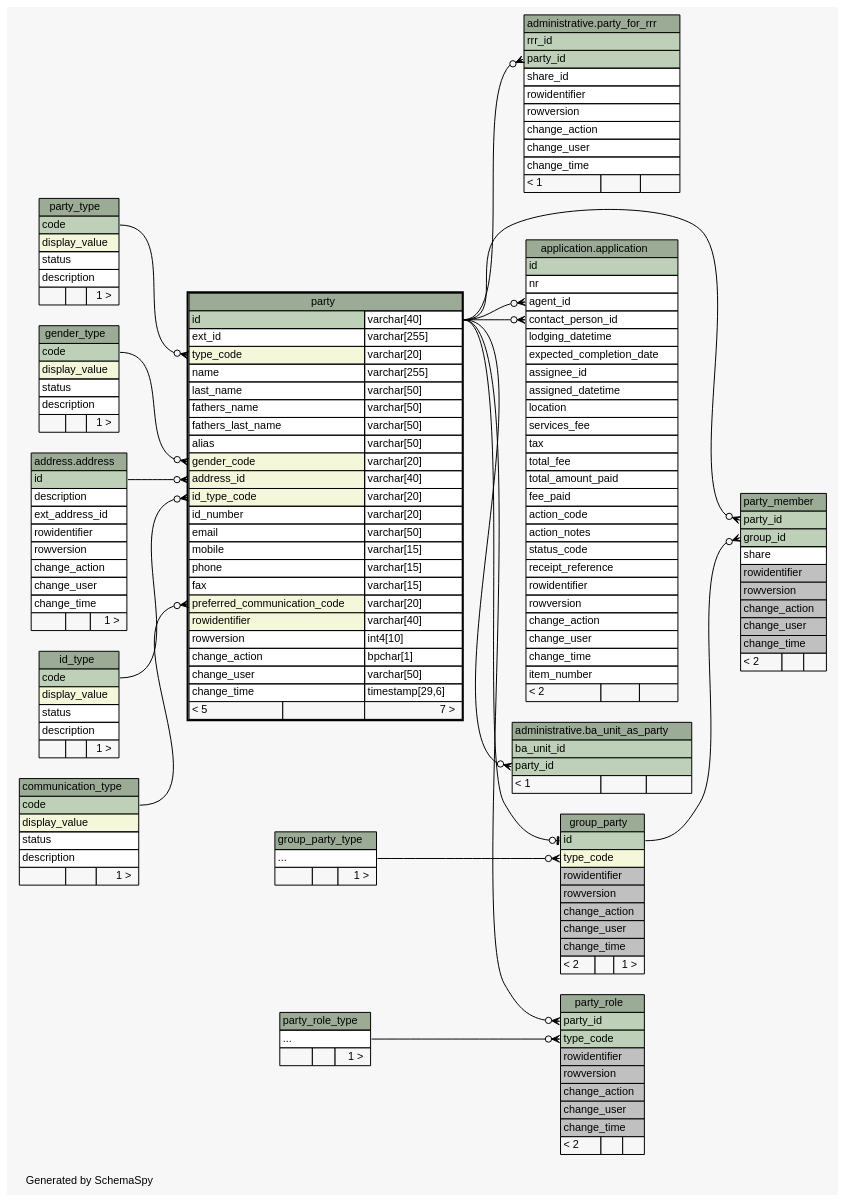
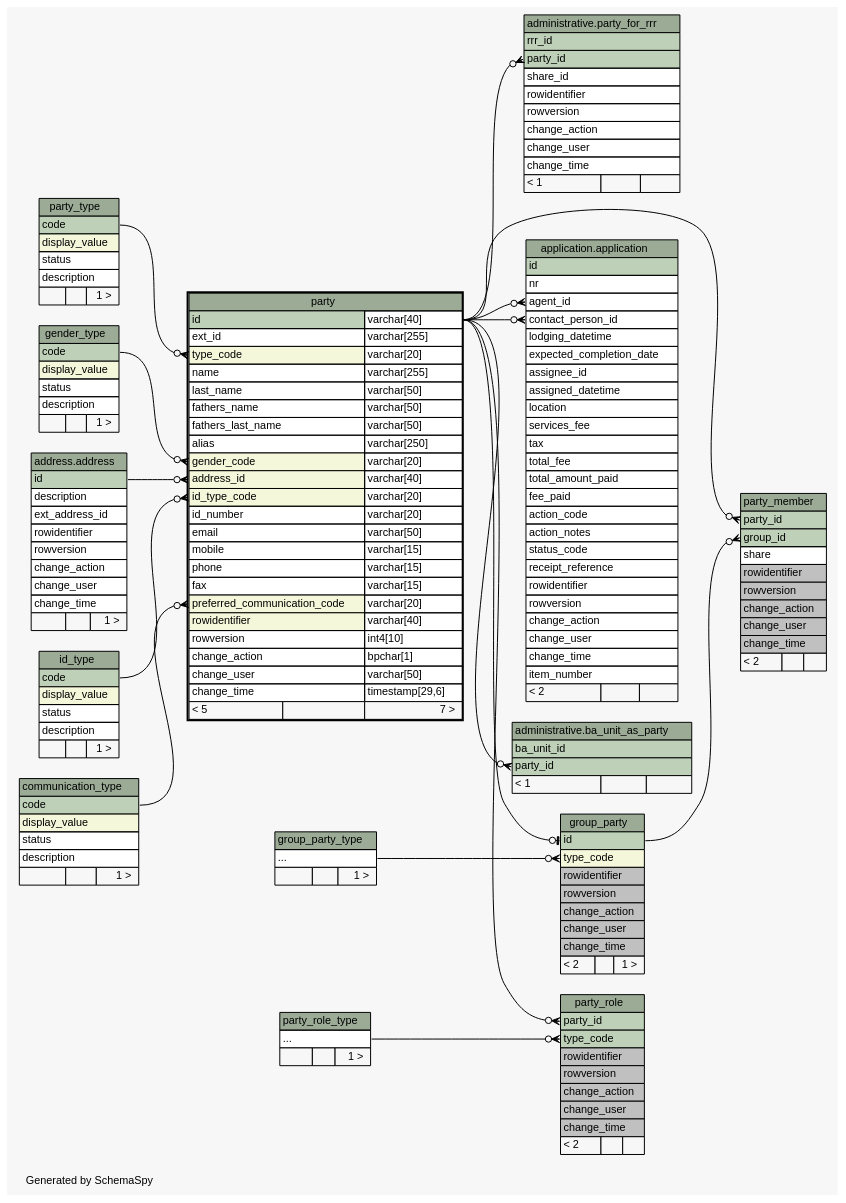
Before and after one commit to SOLA-TONGA/database: the diagram in doc/party/diagrams/party.2degrees.dot, drawn with Graphviz. The commit also changed 286 other files, not shown here.

```diff
--- a/doc/party/diagrams/party.2degrees.dot
+++ b/doc/party/diagrams/party.2degrees.dot
@@ -171,7 +171,7 @@
       <TR><TD PORT="last_name" COLSPAN="2" ALIGN="LEFT">last_name</TD><TD PORT="last_name.type" ALIGN="LEFT">varchar[50]</TD></TR>
       <TR><TD PORT="fathers_name" COLSPAN="2" ALIGN="LEFT">fathers_name</TD><TD PORT="fathers_name.type" ALIGN="LEFT">varchar[50]</TD></TR>
       <TR><TD PORT="fathers_last_name" COLSPAN="2" ALIGN="LEFT">fathers_last_name</TD><TD PORT="fathers_last_name.type" ALIGN="LEFT">varchar[50]</TD></TR>
-      <TR><TD PORT="alias" COLSPAN="2" ALIGN="LEFT">alias</TD><TD PORT="alias.type" ALIGN="LEFT">varchar[50]</TD></TR>
+      <TR><TD PORT="alias" COLSPAN="2" ALIGN="LEFT">alias</TD><TD PORT="alias.type" ALIGN="LEFT">varchar[250]</TD></TR>
       <TR><TD PORT="gender_code" COLSPAN="2" BGCOLOR="#f4f7da" ALIGN="LEFT">gender_code</TD><TD PORT="gender_code.type" ALIGN="LEFT">varchar[20]</TD></TR>
       <TR><TD PORT="address_id" COLSPAN="2" BGCOLOR="#f4f7da" ALIGN="LEFT">address_id</TD><TD PORT="address_id.type" ALIGN="LEFT">varchar[40]</TD></TR>
       <TR><TD PORT="id_type_code" COLSPAN="2" BGCOLOR="#f4f7da" ALIGN="LEFT">id_type_code</TD><TD PORT="id_type_code.type" ALIGN="LEFT">varchar[20]</TD></TR>
```
